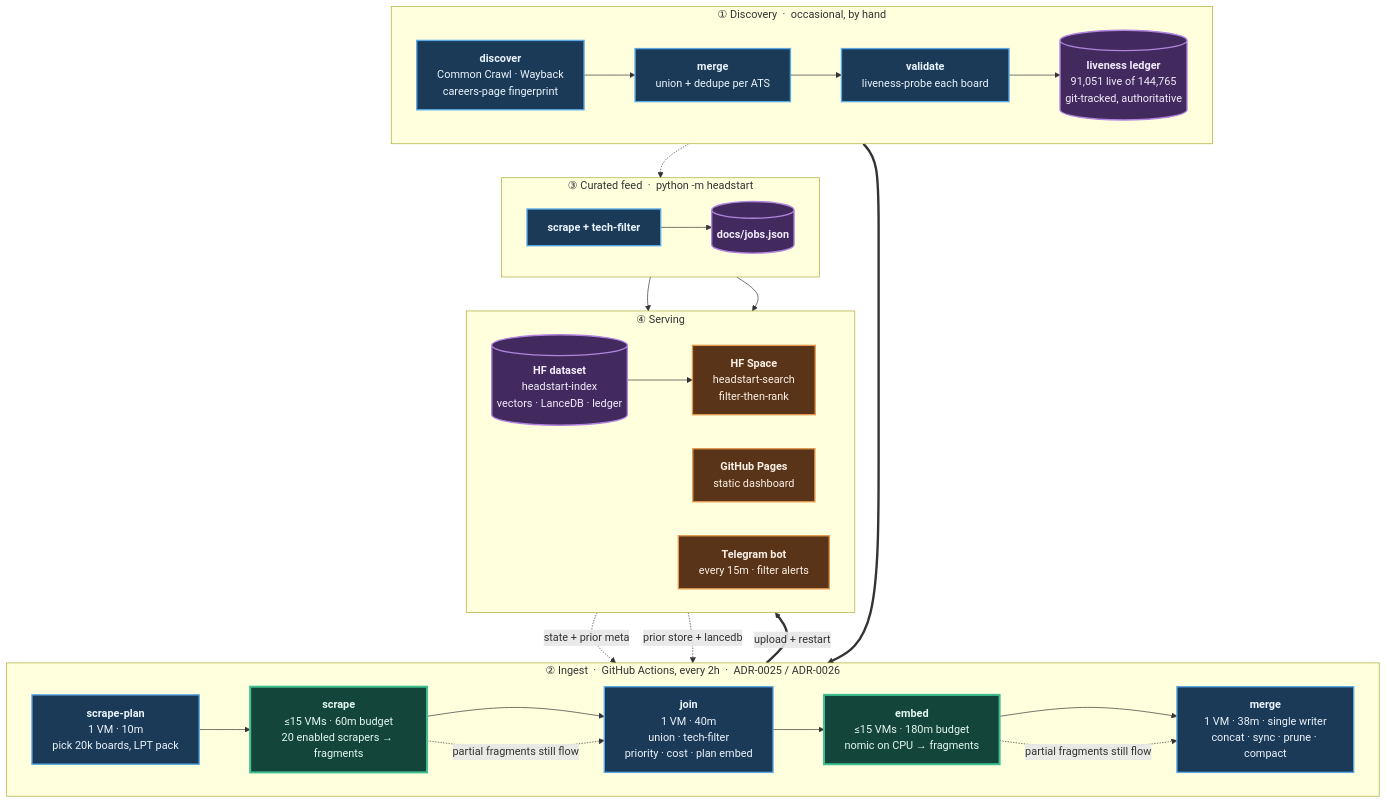
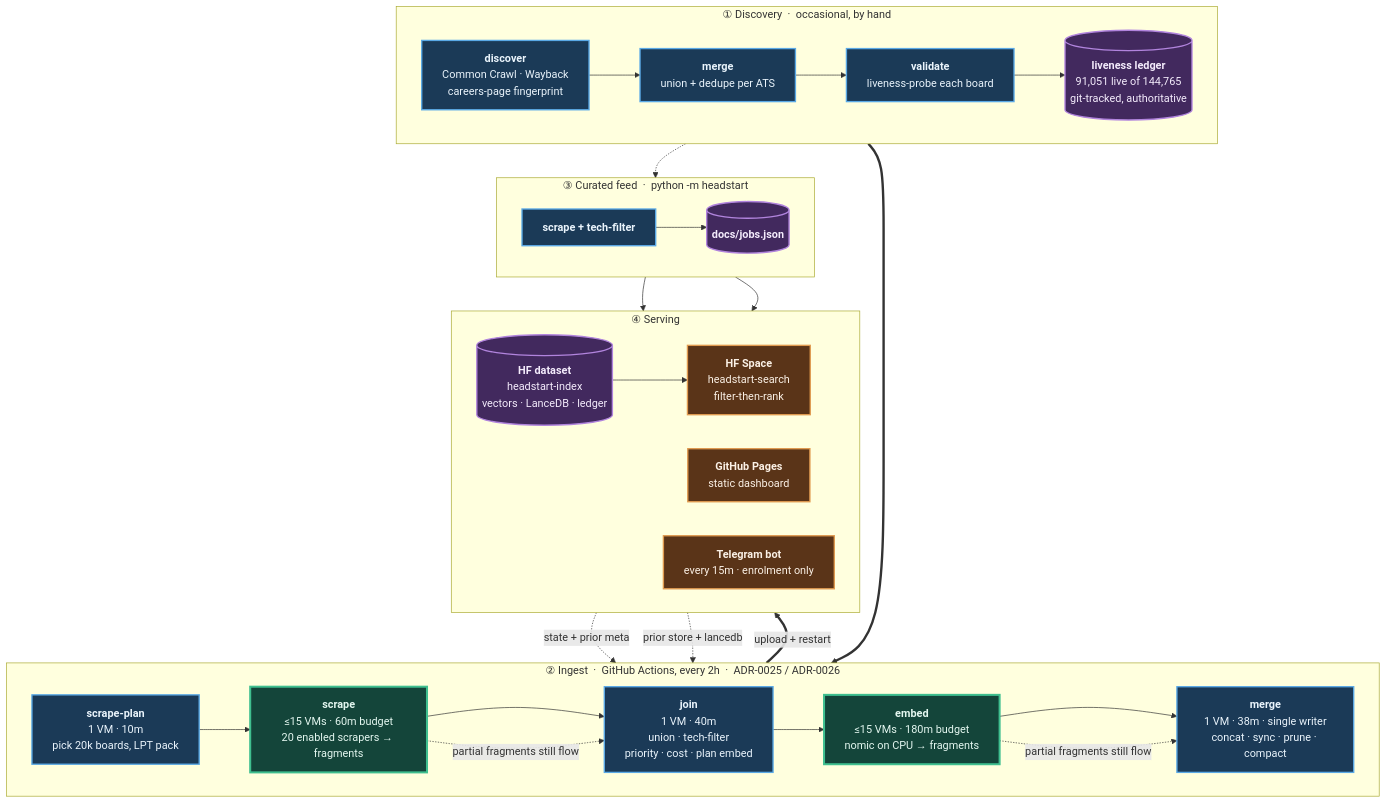
The diagram in README.md (sarthakjain004/headstart), drawn with Mermaid before and after one commit. The commit also changed other lines of this file and 31 other files, not shown here.

First line of the commit message:
feat(alerts): Telegram digests, pluggable transports, approval-based enrolment (#94)

````diff
--- a/README.md
+++ b/README.md
@@ -35,56 +35,56 @@
 ```mermaid
 flowchart TB
     subgraph D["① Discovery &nbsp;·&nbsp; occasional, by hand"]
         direction LR
         D1["<b>discover</b><br/>Common Crawl · Wayback<br/>careers-page fingerprint"]
         D2["<b>merge</b><br/>union + dedupe per ATS"]
         D3["<b>validate</b><br/>liveness-probe each board"]
         D4[("<b>liveness ledger</b><br/>91,051 live of 144,765<br/>git-tracked, authoritative")]
         D1 --> D2 --> D3 --> D4
     end
 
     subgraph P["② Ingest &nbsp;·&nbsp; GitHub Actions, every 2h &nbsp;·&nbsp; ADR-0025 / ADR-0026"]
         direction LR
         P1["<b>scrape-plan</b><br/>1 VM · 10m<br/>pick 20k boards, LPT pack"]
         P2["<b>scrape</b><br/>≤15 VMs · 60m budget<br/>20 enabled scrapers → fragments"]
         P3["<b>join</b><br/>1 VM · 40m<br/>union · tech-filter<br/>priority · cost · plan embed"]
         P4["<b>embed</b><br/>≤15 VMs · 180m budget<br/>nomic on CPU → fragments"]
         P5["<b>merge</b><br/>1 VM · 38m · single writer<br/>concat · sync · prune · compact"]
         P1 --> P2 --> P3 --> P4 --> P5
     end
 
     subgraph F["③ Curated feed &nbsp;·&nbsp; python -m headstart"]
         direction LR
         F1["<b>scrape + tech-filter</b>"]
         F2[("<b>docs/jobs.json</b>")]
         F1 --> F2
     end
 
     subgraph S["④ Serving"]
         direction LR
         S1[("<b>HF dataset</b><br/>headstart-index<br/>vectors · LanceDB · ledger")]
         S2["<b>HF Space</b><br/>headstart-search<br/>filter-then-rank"]
         S3["<b>GitHub Pages</b><br/>static dashboard"]
-        S4["<b>Telegram bot</b><br/>every 15m · filter alerts"]
+        S4["<b>Telegram bot</b><br/>every 15m · enrolment only"]
         S1 --> S2
     end
 
     D4 ==> P1
     S1 -. "state + prior meta" .-> P1
     S1 -. "prior store + lancedb" .-> P5
     D4 -.-> F1
     P5 ==>|"upload + restart"| S1
     F2 --> S3
     F2 --> S4
     P2 -. "partial fragments still flow" .-> P3
     P4 -. "partial fragments still flow" .-> P5
 
     classDef serial fill:#1b3a57,stroke:#5aa9e6,stroke-width:2px,color:#eaf4fc
     classDef fan fill:#14453a,stroke:#3fbf8f,stroke-width:3px,color:#e4f7f0
     classDef store fill:#42295e,stroke:#b184dd,stroke-width:2px,color:#f4ecfc
     classDef serve fill:#5a3418,stroke:#e09a4f,stroke-width:2px,color:#fbf1e6
     class D1,D2,D3,P1,P3,P5,F1 serial
     class P2,P4 fan
     class D4,F2,S1 store
     class S2,S3,S4 serve
 ```
````
